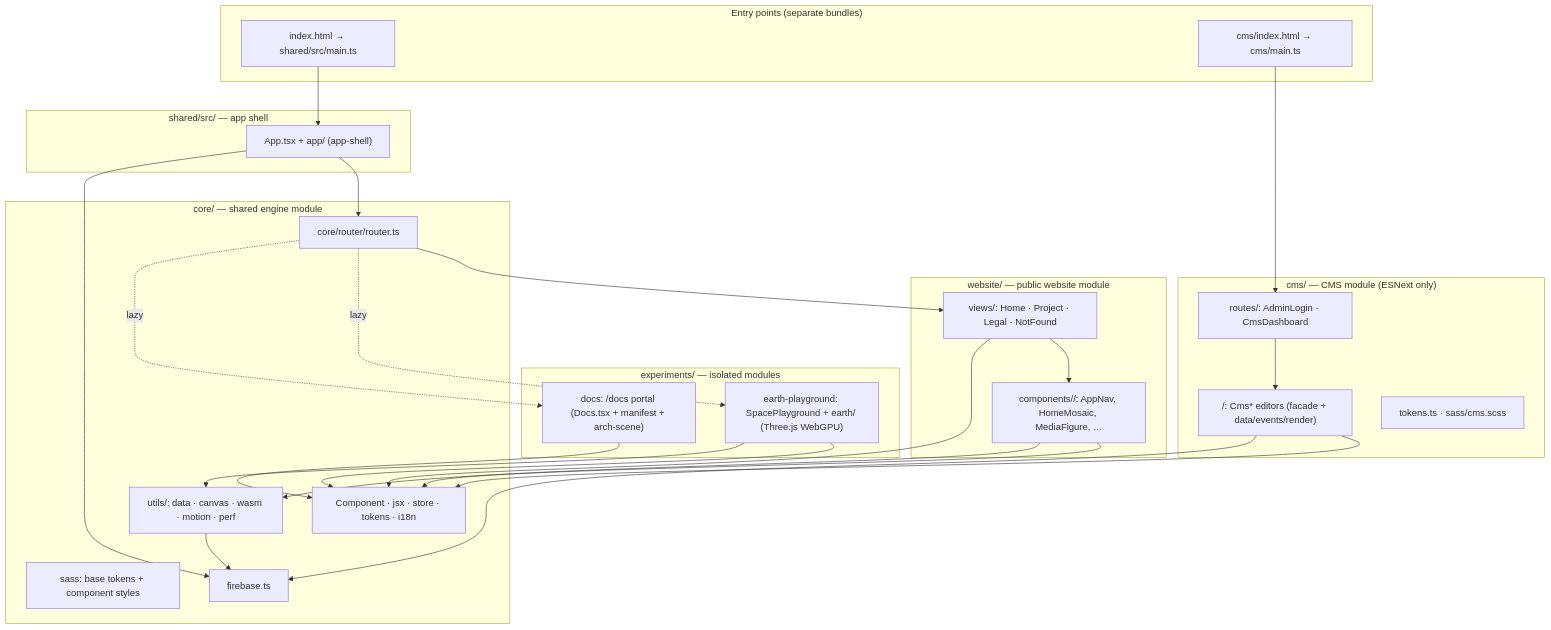
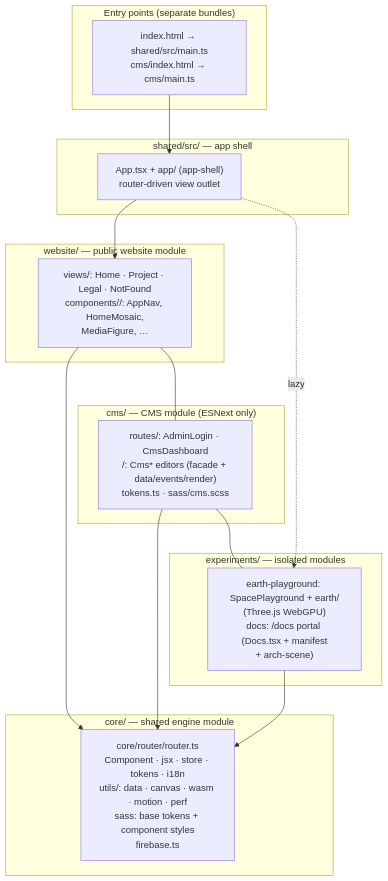
One commit to LuisKrotz/luiskr.com-V3-shared changed the diagram in docs/architecture/architecture.md. Above: the diagram before and after it, drawn with Mermaid. The commit also changed 24 other files, not shown here.

First line of the commit message:
feat: live-translated locale pages at public paths + vertical mermaid

````diff
--- a/docs/architecture/architecture.md
+++ b/docs/architecture/architecture.md
@@ -5,53 +5,35 @@
 ```mermaid
 flowchart TB
     subgraph entries["Entry points (separate bundles)"]
-        MAIN["index.html → shared/src/main.ts"]
-        CMSMAIN["cms/index.html → cms/main.ts"]
+        ENT["index.html → shared/src/main.ts<br/>cms/index.html → cms/main.ts"]
     end
 
     subgraph shell["shared/src/ — app shell"]
-        APP["App.tsx + app/ (app-shell)"]
+        APP["App.tsx + app/ (app-shell)<br/>router-driven view outlet"]
     end
 
     subgraph site["website/ — public website module"]
-        SITER["views/: Home · Project · Legal · NotFound"]
-        SITEC["components/<domain>/: AppNav, HomeMosaic, MediaFigure, …"]
+        SITE["views/: Home · Project · Legal · NotFound<br/>components/<domain>/: AppNav, HomeMosaic,<br/>MediaFigure, …"]
     end
 
     subgraph cms["cms/ — CMS module (ESNext only)"]
-        CMSR["routes/: AdminLogin · CmsDashboard"]
-        CMSC["<feature>/: Cms* editors (facade + data/events/render)"]
-        CMST["tokens.ts · sass/cms.scss"]
+        CMSM["routes/: AdminLogin · CmsDashboard<br/><feature>/: Cms* editors (facade + data/events/render)<br/>tokens.ts · sass/cms.scss"]
     end
 
     subgraph exp["experiments/ — isolated modules"]
-        SP["earth-playground: SpacePlayground + earth/ (Three.js WebGPU)"]
-        DP["docs: /docs portal (Docs.tsx + manifest + arch-scene)"]
+        EXP["earth-playground: SpacePlayground + earth/<br/>(Three.js WebGPU)<br/>docs: /docs portal (Docs.tsx + manifest<br/>+ arch-scene)"]
     end
 
     subgraph shared["core/ — shared engine module"]
-        ROUTER["core/router/router.ts"]
-        CORE["Component · jsx · store · tokens · i18n"]
-        UTILS["utils/<domain>: data · canvas · wasm · motion · perf"]
-        SASS["sass: base tokens + component styles"]
-        FB["firebase.ts"]
+        CORE["core/router/router.ts<br/>Component · jsx · store · tokens · i18n<br/>utils/<domain>: data · canvas · wasm · motion · perf<br/>sass: base tokens + component styles<br/>firebase.ts"]
     end
 
-    MAIN --> APP
-    CMSMAIN --> CMSR
-    APP --> ROUTER --> SITER
-    ROUTER -. lazy .-> SP
-    ROUTER -. lazy .-> DP
-    SITER --> SITEC
-    CMSR --> CMSC
-    SITER --> CORE
-    SITEC --> CORE
-    SITEC --> UTILS
-    SP --> CORE
-    SP --> UTILS
-    DP --> CORE
-    CMSC --> CORE
-    CMSC --> FB
-    APP --> FB
-    UTILS --> FB
+    ENT --> APP
+    APP --> SITE
+    SITE --- CMSM
+    CMSM --- EXP
+    APP -.->|"lazy"| EXP
+    SITE --> CORE
+    CMSM --> CORE
+    EXP --> CORE
 ```
````
